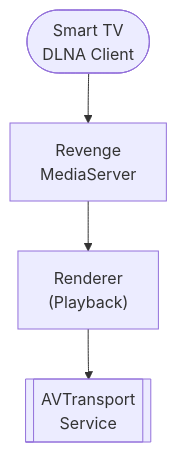
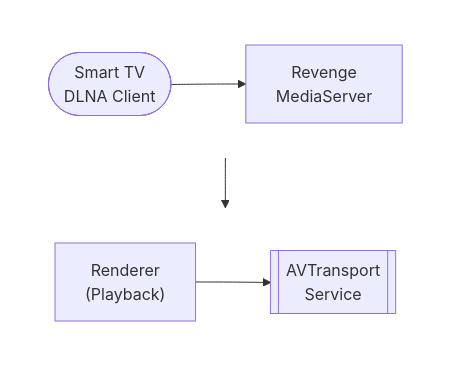
One commit to lusoris/revenge changed the diagram in docs/dev/design/integrations/casting/DLNA.md. Above: the diagram before and after it, drawn with Mermaid. The commit also changed 210 other files, not shown here.

First line of the commit message:
feat(docs): Add horizontal layout support for Mermaid diagrams

````diff
--- a/docs/dev/design/integrations/casting/DLNA.md
+++ b/docs/dev/design/integrations/casting/DLNA.md
@@ -58,10 +58,20 @@
 ```mermaid
 flowchart TD
-    node1(["Smart TV<br/>DLNA Client"])
-    node2["Revenge<br/>MediaServer"]
-    node3["Renderer<br/>(Playback)"]
-    node4[["AVTransport<br/>Service"]]
+    subgraph row1[ ]
+        direction LR
+        node1(["Smart TV<br/>DLNA Client"])
+        node2["Revenge<br/>MediaServer"]
+    end
+    subgraph row2[ ]
+        direction LR
+        node3["Renderer<br/>(Playback)"]
+        node4[["AVTransport<br/>Service"]]
+    end
     node1 --> node2
     node3 --> node4
     node2 --> node3
+
+    %% Hide row subgraph borders
+    style row1 fill:transparent,stroke:transparent
+    style row2 fill:transparent,stroke:transparent
 ```
````
